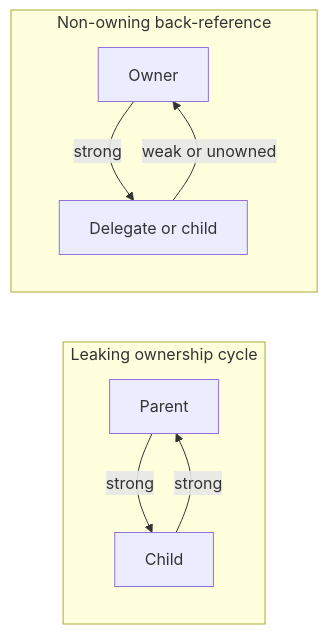
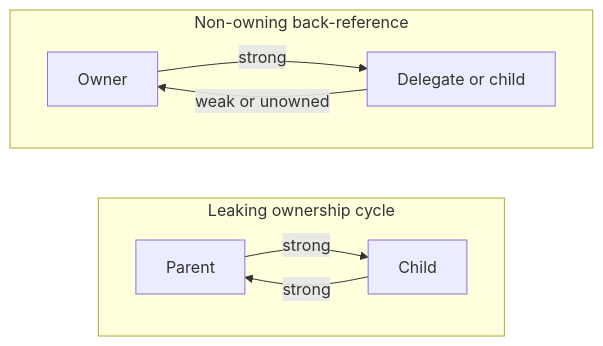
One commit to melancholygaze13/preparation-kit changed the diagram in docs/swift/automatic-reference-counting/object-graph-cycles-and-non-owning-references/theory.md. Above: the diagram before and after it, drawn with Mermaid. The commit also changed 79 other files, not shown here.

Commit message:
docs: improve study content clarity and architecture guidance

````diff
--- a/docs/swift/automatic-reference-counting/object-graph-cycles-and-non-owning-references/theory.md
+++ b/docs/swift/automatic-reference-counting/object-graph-cycles-and-non-owning-references/theory.md
@@ -26,17 +26,14 @@
 ```mermaid
 flowchart LR
-    A["Parent"] -- "strong" --> B["Child"]
-    B -- "strong" --> A
-    C["Owner"] -- "strong" --> D["Delegate or child"]
-    D -- "weak or unowned" --> C
-
     subgraph Cycle["Leaking ownership cycle"]
-        A
-        B
+        direction LR
+        ParentA["Parent"] -- "strong" --> ChildA["Child"]
+        ChildA -- "strong" --> ParentA
     end
 
-    subgraph Broken["Non-owning back-reference"]
-        C
-        D
+    subgraph Healthy["Non-owning back-reference"]
+        direction LR
+        Owner["Owner"] -- "strong" --> ChildB["Delegate or child"]
+        ChildB -- "weak or unowned" --> Owner
     end
 ```
````
